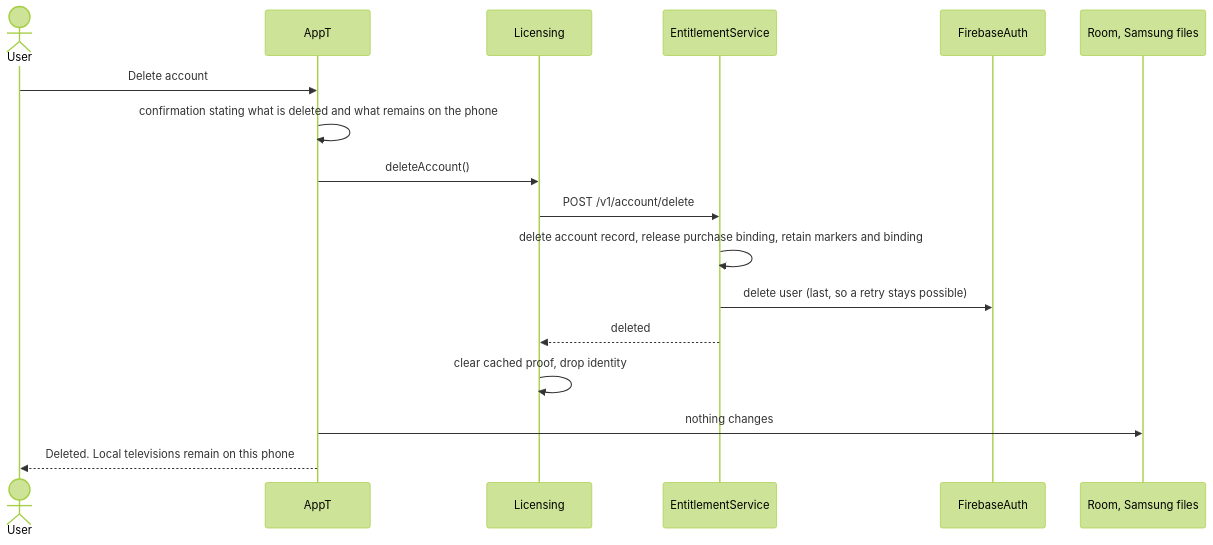
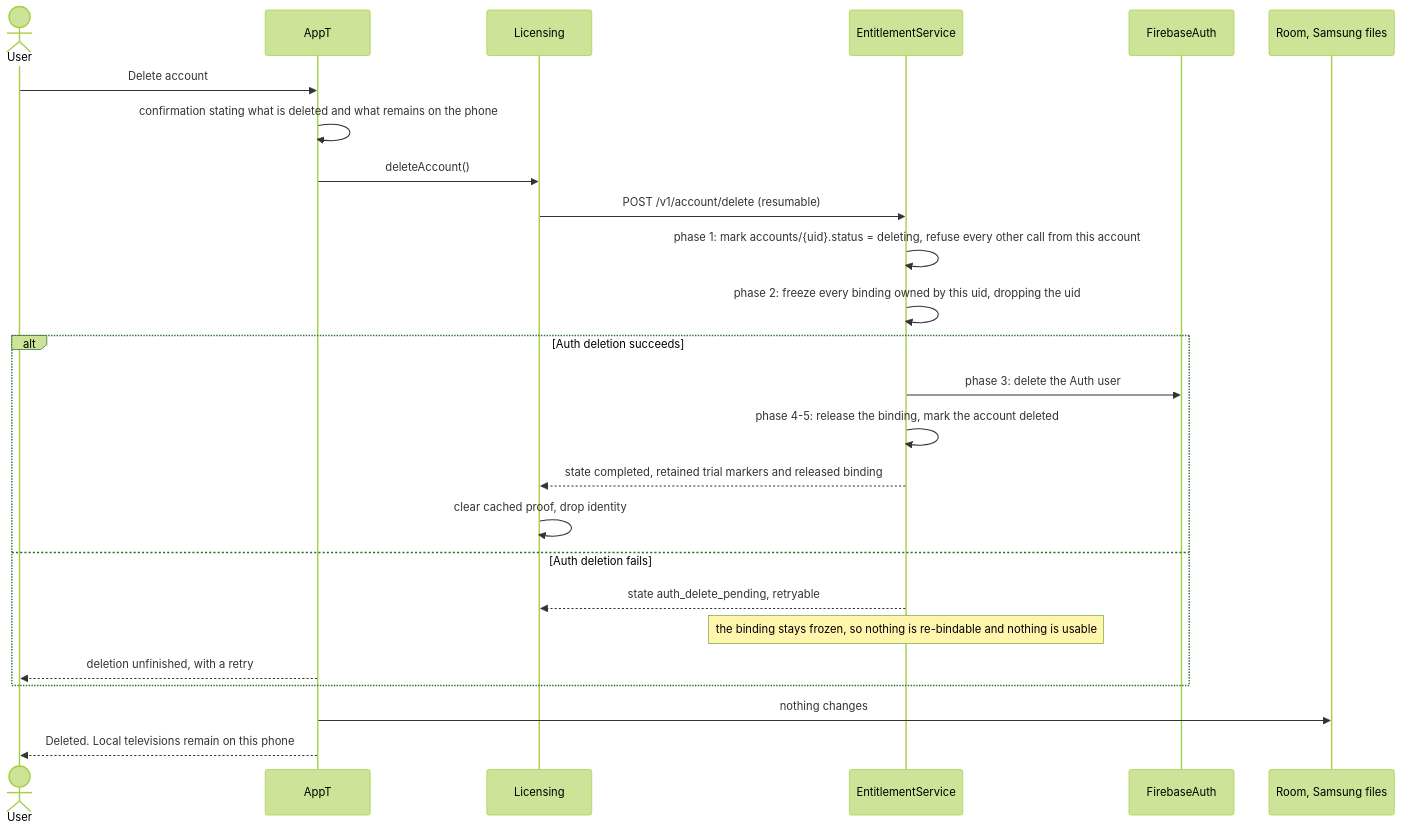
Diagram 13 of 14 in docs/architecture/flows.md (anthracite-labs/AppT), drawn with Mermaid (forest theme) before and after one commit. The commit also changed other lines of this file and 17 other files, not shown here.

````diff
--- a/docs/architecture/flows.md
+++ b/docs/architecture/flows.md
@@ -337,19 +340,27 @@
 ```mermaid
 sequenceDiagram
   actor User
   participant App as AppT
   participant Lic as Licensing
   participant Fn as EntitlementService
   participant Auth as FirebaseAuth
   participant Storage as Room, Samsung files
   User->>App: Delete account
   App->>App: confirmation stating what is deleted and what remains on the phone
   App->>Lic: deleteAccount()
-  Lic->>Fn: POST /v1/account/delete
-  Fn->>Fn: delete account record, release purchase binding, retain markers and binding
-  Fn->>Auth: delete user (last, so a retry stays possible)
-  Fn-->>Lic: deleted
-  Lic->>Lic: clear cached proof, drop identity
+  Lic->>Fn: POST /v1/account/delete (resumable)
+  Fn->>Fn: phase 1: mark accounts/{uid}.status = deleting, refuse every other call from this account
+  Fn->>Fn: phase 2: freeze every binding owned by this uid, dropping the uid
+  alt Auth deletion succeeds
+    Fn->>Auth: phase 3: delete the Auth user
+    Fn->>Fn: phase 4-5: release the binding, mark the account deleted
+    Fn-->>Lic: state completed, retained trial markers and released binding
+    Lic->>Lic: clear cached proof, drop identity
+  else Auth deletion fails
+    Fn-->>Lic: state auth_delete_pending, retryable
+    Note over Fn: the binding stays frozen, so nothing is re-bindable and nothing is usable
+    App-->>User: deletion unfinished, with a retry
+  end
   App->>Storage: nothing changes
   App-->>User: Deleted. Local televisions remain on this phone
 ```
````
